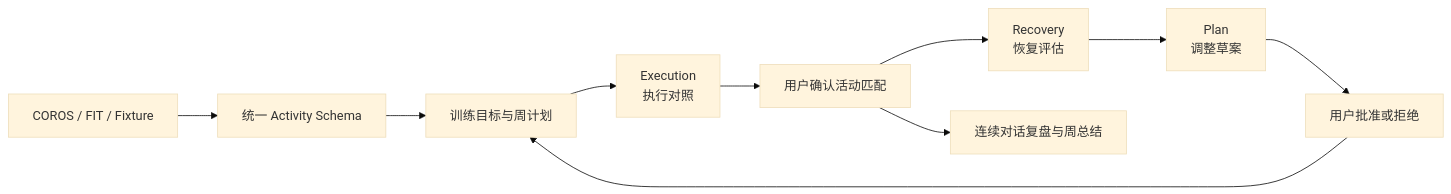
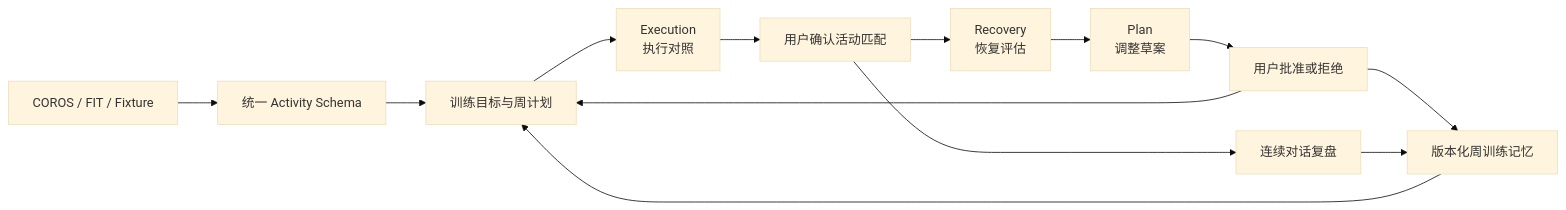
The diagram in README.md (QRui6/RunCrew), drawn with Mermaid (base theme) before and after one commit. The commit also changed other lines of this file and 51 other files, not shown here.

````diff
--- a/README.md
+++ b/README.md
@@ -17,12 +17,15 @@
 ```mermaid
 flowchart LR
     A[COROS / FIT / Fixture] --> B[统一 Activity Schema]
     B --> C[训练目标与周计划]
     C --> D[Execution<br/>执行对照]
     D --> E[用户确认活动匹配]
     E --> F[Recovery<br/>恢复评估]
     F --> G[Plan<br/>调整草案]
     G --> H[用户批准或拒绝]
     H --> C
-    E --> I[连续对话复盘与周总结]
+    E --> I[连续对话复盘]
+    H --> J[版本化周训练记忆]
+    I --> J
+    J --> C
 ```
````
